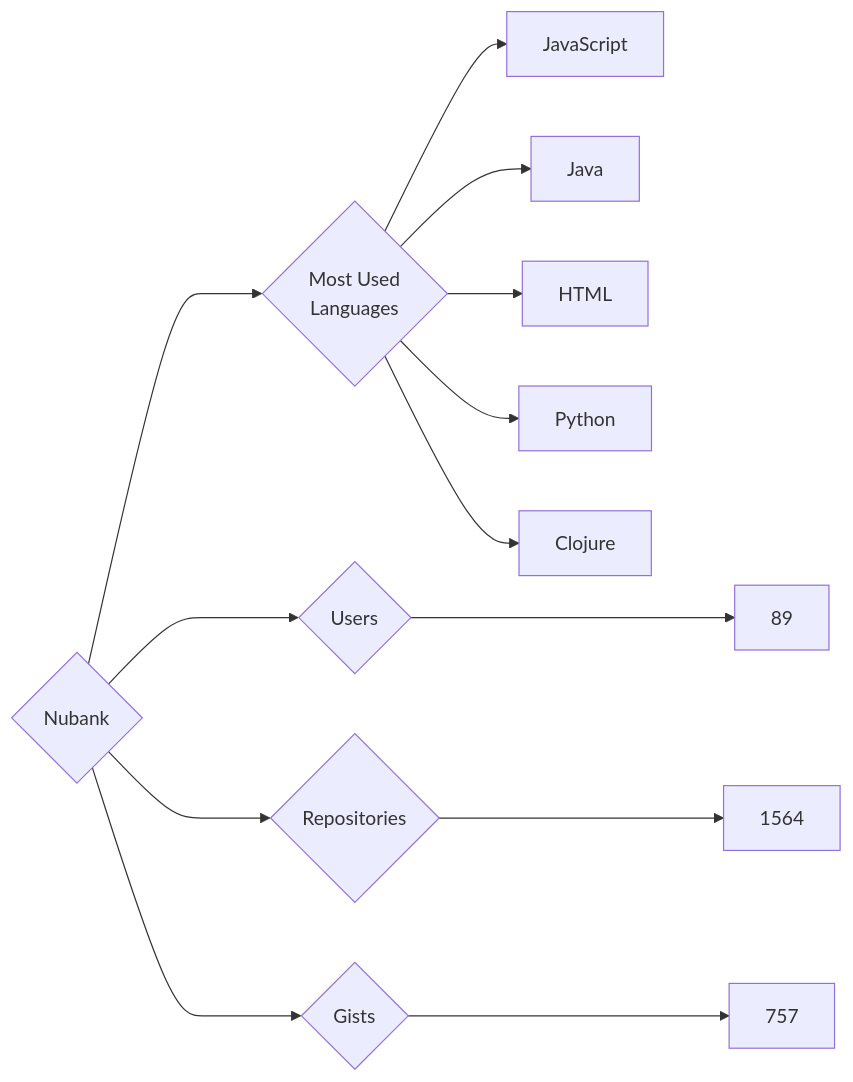
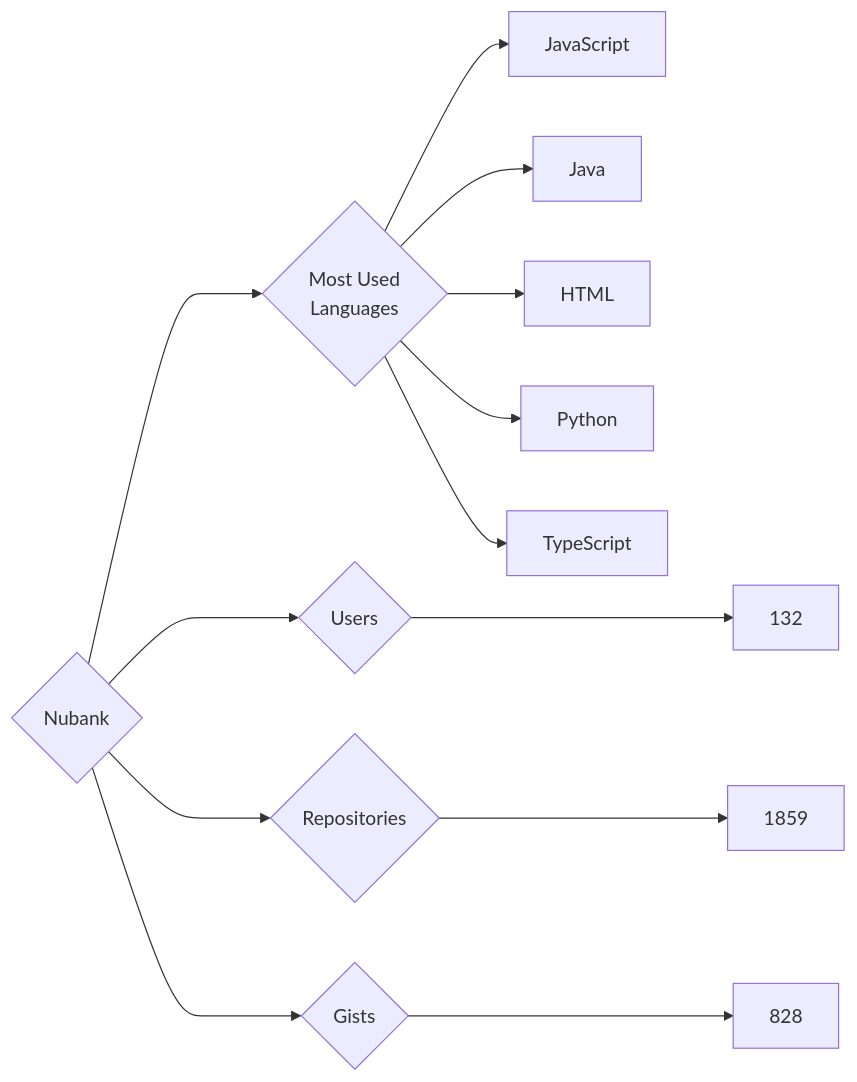
One commit to trickest/insiders changed the diagram in targets/Nubank/README.md. Above: the diagram before and after it, drawn with Mermaid. The commit also changed 773 other files, not shown here.

````diff
--- a/targets/Nubank/README.md
+++ b/targets/Nubank/README.md
@@ -3,13 +3,13 @@
 ```mermaid
 graph LR
 COMPANY_NAME{Nubank}
-COMPANY_NAME ---> U{Users} ---> UN[89]
-COMPANY_NAME ---> R{Repositories} ---> RN[1564]
-COMPANY_NAME ---> G{Gists} ---> GN[757]
+COMPANY_NAME ---> U{Users} ---> UN[132]
+COMPANY_NAME ---> R{Repositories} ---> RN[1859]
+COMPANY_NAME ---> G{Gists} ---> GN[828]
 COMPANY_NAME ---> ML{Most Used<br>Languages}
 ML --> JavaScript[JavaScript]
 ML --> Java[Java]
 ML --> HTML[HTML]
 ML --> Python[Python]
-ML --> Clojure[Clojure]
+ML --> TypeScript[TypeScript]
 ```
````
